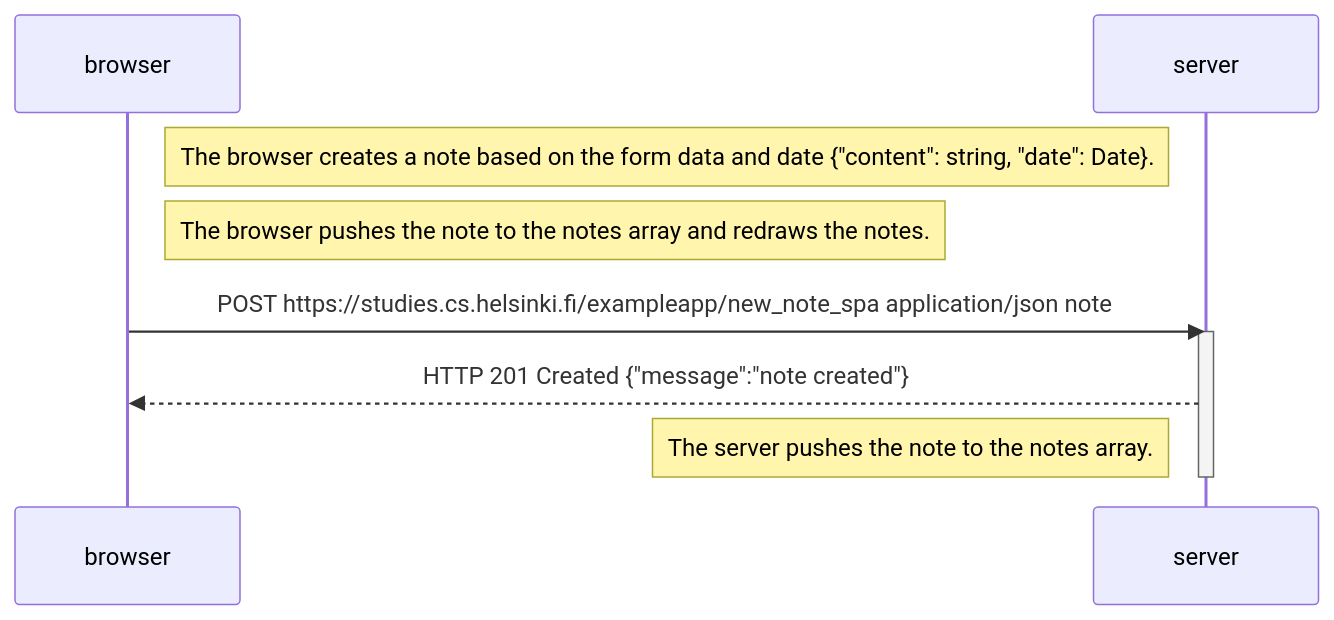
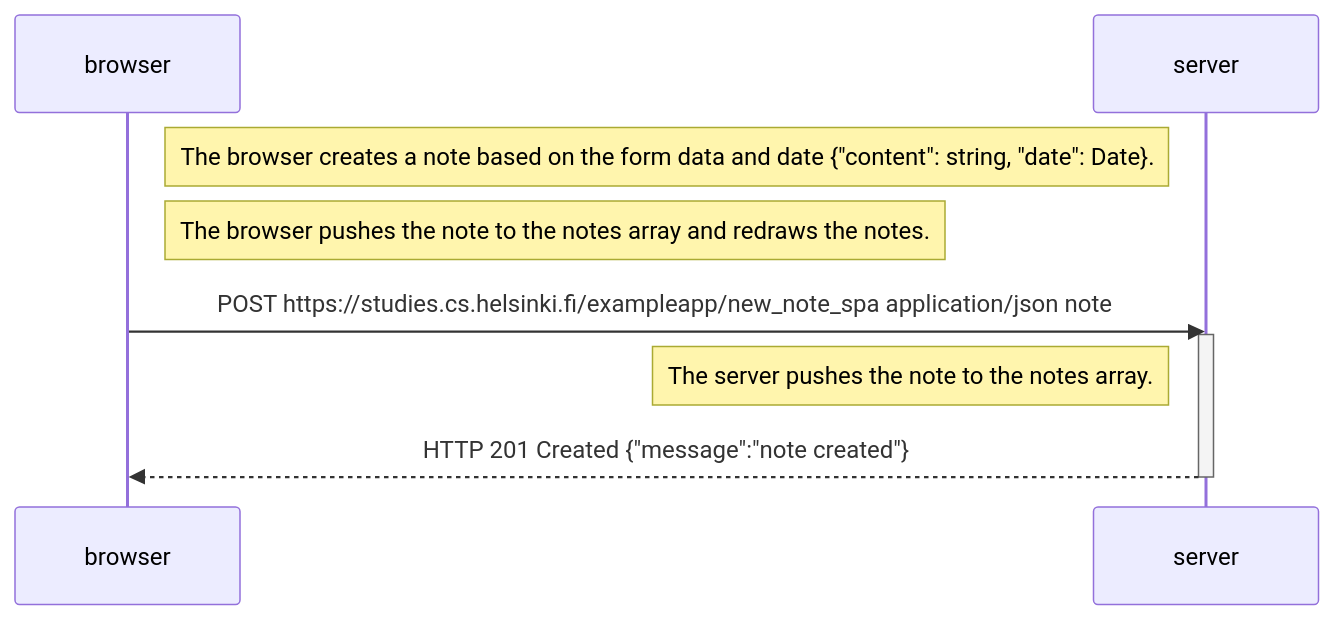
The diagram in Part0_SinglePageAppDiagram.md (nilskrannig/OpenUni_FSWD_Part0), drawn with Mermaid before and after one commit. The commit also changed other lines of this file, not shown here.

Commit message:
Part0: change order Single Page App Diagram

````diff
--- a/Part0_SinglePageAppDiagram.md
+++ b/Part0_SinglePageAppDiagram.md
@@ -1,14 +1,14 @@
 ```mermaid
 sequenceDiagram
     participant browser
     participant server
 
     Note right of browser: The browser creates a note based on the form data and date {"content": string, "date": Date}. 
     Note right of browser: The browser pushes the note to the notes array and redraws the notes.
 
     browser->>server: POST https://studies.cs.helsinki.fi/exampleapp/new_note_spa application/json note
     activate server
+    Note left of server: The server pushes the note to the notes array.
     server-->>browser: HTTP 201 Created {"message":"note created"}
-    Note left of server: The server pushes the note to the notes array.
     deactivate server
 ```
````
